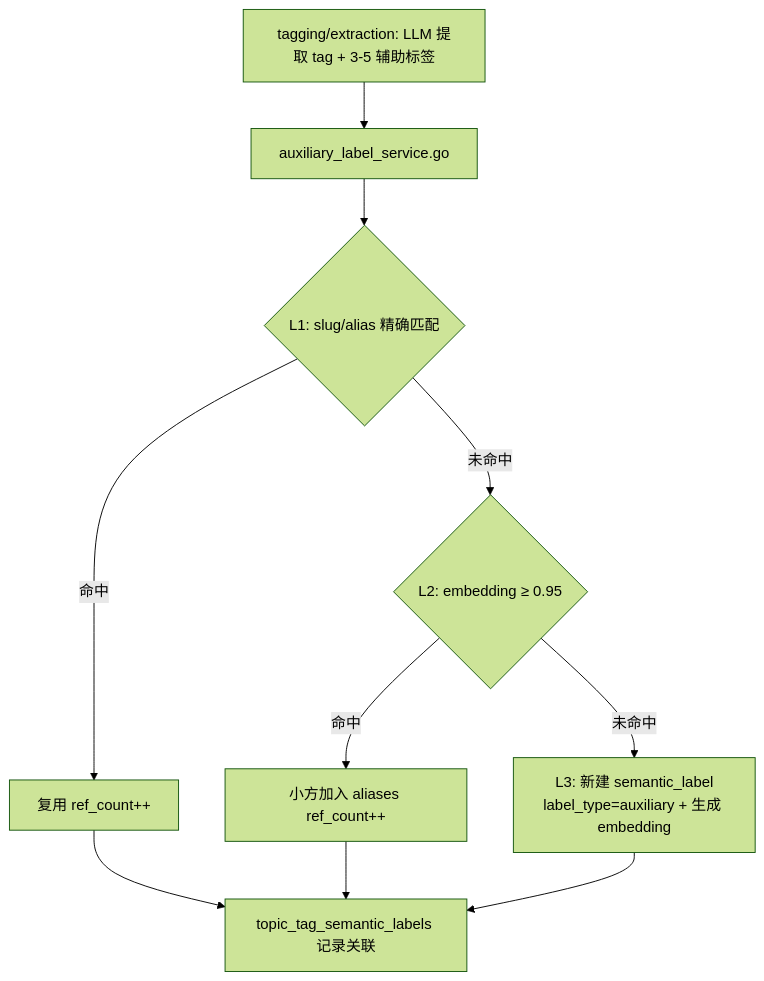
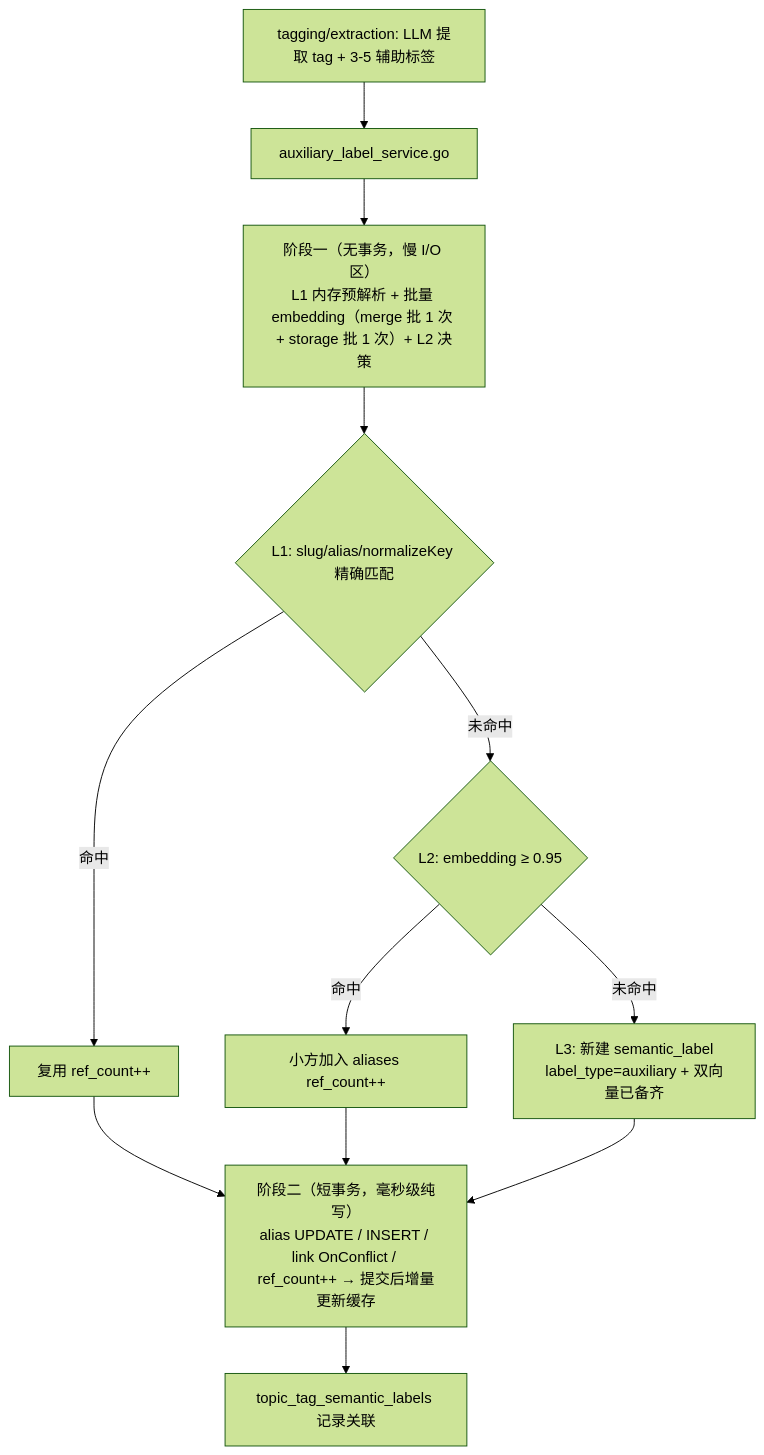
The first of 4 diagrams in docs/reference/flow/semantic-board.md (ZanebonoAlter/Syntopica), drawn with Mermaid (forest theme) before and after one commit. The commit also changed other lines of this file and 20 other files, not shown here.

````diff
--- a/docs/reference/flow/semantic-board.md
+++ b/docs/reference/flow/semantic-board.md
@@ -20,10 +20,12 @@
 ```mermaid
 flowchart TD
   TAG[tagging/extraction: LLM 提取 tag + 3-5 辅助标签] --> SVC[auxiliary_label_service.go]
-  SVC --> L1{L1: slug/alias 精确匹配}
+  SVC --> P1["阶段一（无事务，慢 I/O 区）<br/>L1 内存预解析 + 批量 embedding（merge 批 1 次 + storage 批 1 次）+ L2 决策"]
+  P1 --> L1{L1: slug/alias/normalizeKey 精确匹配}
   L1 -->|命中| R1[复用 ref_count++]
   L1 -->|未命中| L2{L2: embedding ≥ 0.95}
   L2 -->|命中| R2[小方加入 aliases ref_count++]
-  L2 -->|未命中| L3[L3: 新建 semantic_label<br/>label_type=auxiliary + 生成 embedding]
-  R1 & R2 & L3 --> REL[topic_tag_semantic_labels 记录关联]
+  L2 -->|未命中| L3[L3: 新建 semantic_label<br/>label_type=auxiliary + 双向量已备齐]
+  R1 & R2 & L3 --> P2["阶段二（短事务，毫秒级纯写）<br/>alias UPDATE / INSERT / link OnConflict / ref_count++ → 提交后增量更新缓存"]
+  P2 --> REL[topic_tag_semantic_labels 记录关联]
 ```
````
